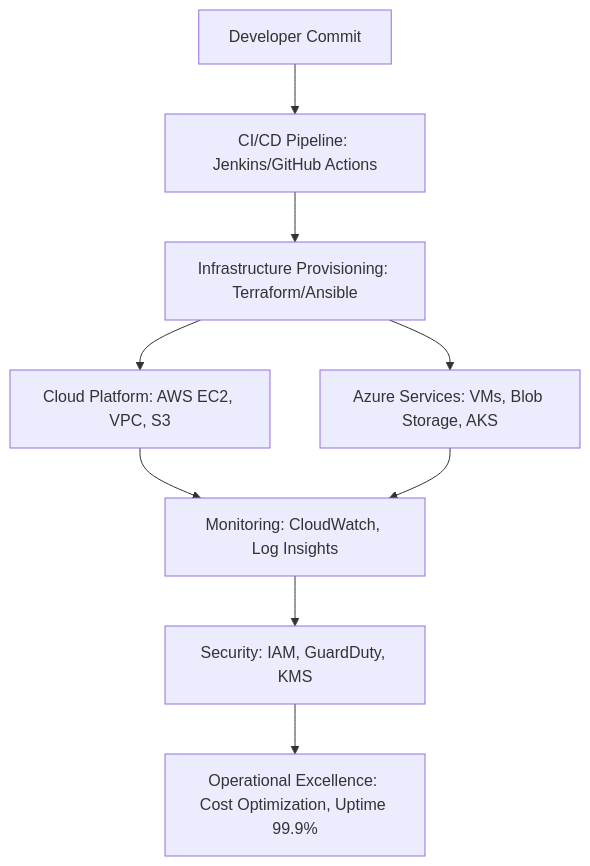
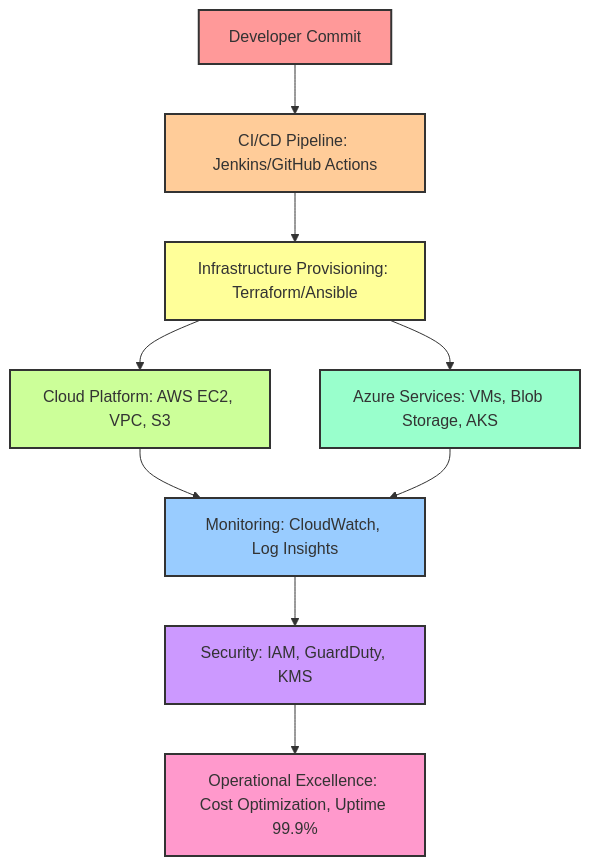
The diagram in README.md (aliceekane/aliceekane-portfolio), drawn with Mermaid before and after one commit.

````diff
--- a/README.md
+++ b/README.md
@@ -71,12 +71,22 @@
 ```mermaid
 flowchart TD
     A[Developer Commit] --> B[CI/CD Pipeline: Jenkins/GitHub Actions]
     B --> C[Infrastructure Provisioning: Terraform/Ansible]
     C --> D[Cloud Platform: AWS EC2, VPC, S3]
     C --> E[Azure Services: VMs, Blob Storage, AKS]
     D --> F[Monitoring: CloudWatch, Log Insights]
     E --> F
     F --> G[Security: IAM, GuardDuty, KMS]
     G --> H[Operational Excellence: Cost Optimization, Uptime 99.9%]
 
+    %% Assigning different colors to each box
+    style A fill:#FF9999,stroke:#333,stroke-width:2px
+    style B fill:#FFCC99,stroke:#333,stroke-width:2px
+    style C fill:#FFFF99,stroke:#333,stroke-width:2px
+    style D fill:#CCFF99,stroke:#333,stroke-width:2px
+    style E fill:#99FFCC,stroke:#333,stroke-width:2px
+    style F fill:#99CCFF,stroke:#333,stroke-width:2px
+    style G fill:#CC99FF,stroke:#333,stroke-width:2px
+    style H fill:#FF99CC,stroke:#333,stroke-width:2px
+
 ```
````
